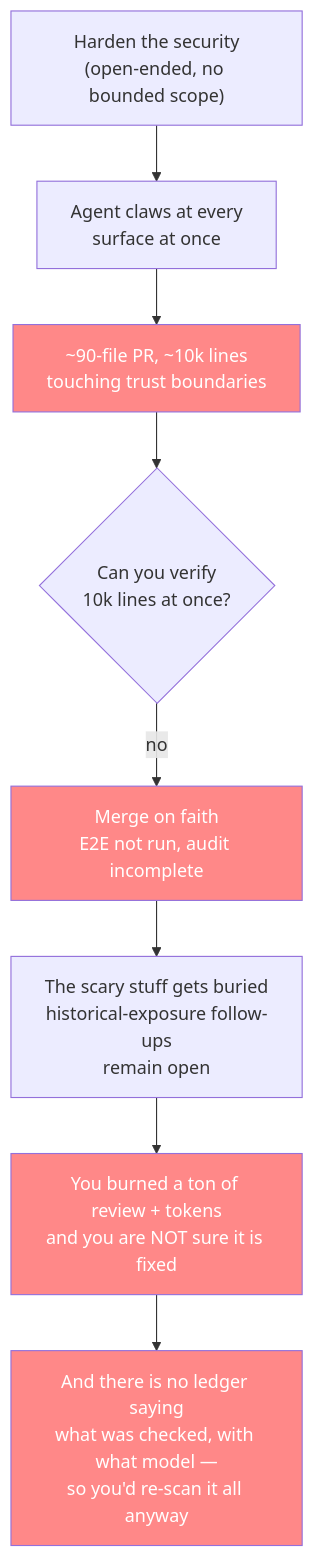
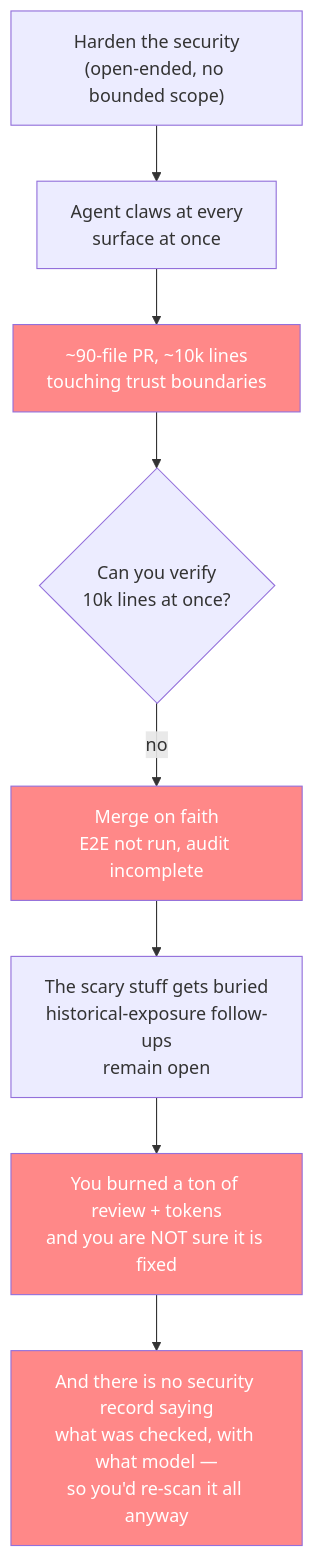
One commit to jacoby149/web10 changed the diagram in ai-pack/ai-security-theory/security-post-mortem/README.md. Above: the diagram before and after it, drawn with Mermaid. The commit also changed other lines of this file and 16 other files, not shown here.

First line of the commit message:
docs(ai-pack): 'ledger' -> the security record; name the section Written Security (WS)

````diff
--- a/ai-pack/ai-security-theory/security-post-mortem/README.md
+++ b/ai-pack/ai-security-theory/security-post-mortem/README.md
@@ -43,14 +43,14 @@
 ```mermaid
 flowchart TD
     A["Harden the security<br/>(open-ended, no bounded scope)"] --> B["Agent claws at every<br/>surface at once"]
     B --> C["~90-file PR, ~10k lines<br/>touching trust boundaries"]
     C --> D{"Can you verify<br/>10k lines at once?"}
     D -->|no| E["Merge on faith<br/>E2E not run, audit incomplete"]
     E --> F["The scary stuff gets buried<br/>historical-exposure follow-ups<br/>remain open"]
     F --> G["You burned a ton of review + tokens<br/>and you are NOT sure it is fixed"]
-    G --> H["And there is no ledger saying<br/>what was checked, with what model —<br/>so you'd re-scan it all anyway"]
+    G --> H["And there is no security record saying<br/>what was checked, with what model —<br/>so you'd re-scan it all anyway"]
     style C fill:#f88,color:#fff
     style E fill:#f88,color:#fff
     style G fill:#f88,color:#fff
     style H fill:#f88,color:#fff
 ```
````
